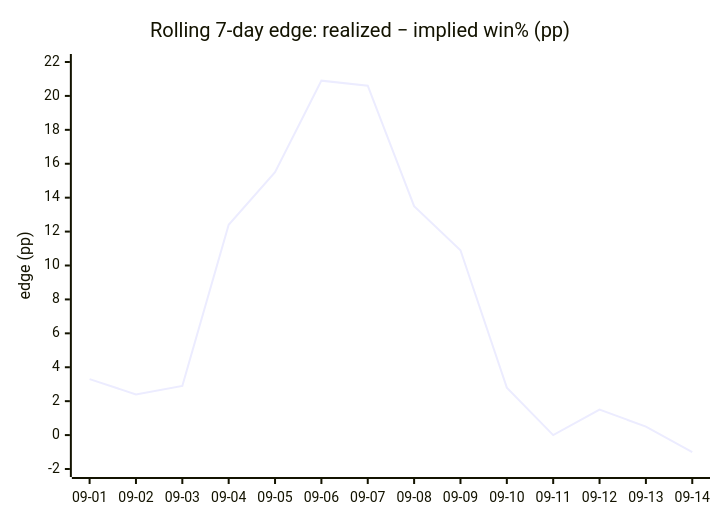
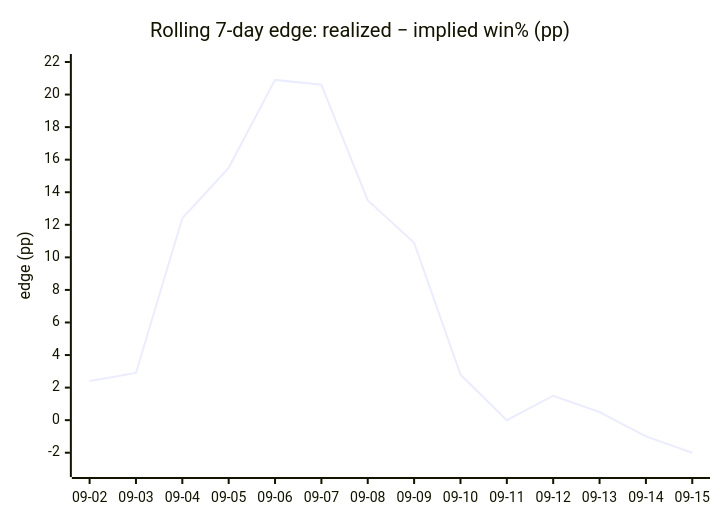
One commit to dpk1212/nhl-savant changed the fourth of 4 diagrams in DAILY_AGSU_REPORT.md. Above: the diagram before and after it, drawn with Mermaid. The commit also changed other lines of this file, not shown here.

````diff
--- a/DAILY_AGSU_REPORT.md
+++ b/DAILY_AGSU_REPORT.md
@@ -853,7 +868,7 @@
 ```mermaid
 xychart-beta
     title "Rolling 7-day edge: realized − implied win% (pp)"
-    x-axis ["09-01", "09-02", "09-03", "09-04", "09-05", "09-06", "09-07", "09-08", "09-09", "09-10", "09-11", "09-12", "09-13", "09-14"]
-    y-axis "edge (pp)" -2 --> 22
-    line [3.3, 2.4, 2.9, 12.4, 15.5, 20.9, 20.6, 13.5, 10.9, 2.8, 0, 1.5, 0.5, -1]
+    x-axis ["09-02", "09-03", "09-04", "09-05", "09-06", "09-07", "09-08", "09-09", "09-10", "09-11", "09-12", "09-13", "09-14", "09-15"]
+    y-axis "edge (pp)" -3 --> 22
+    line [2.4, 2.9, 12.4, 15.5, 20.9, 20.6, 13.5, 10.9, 2.8, 0, 1.5, 0.5, -1, -2]
 ```
````
